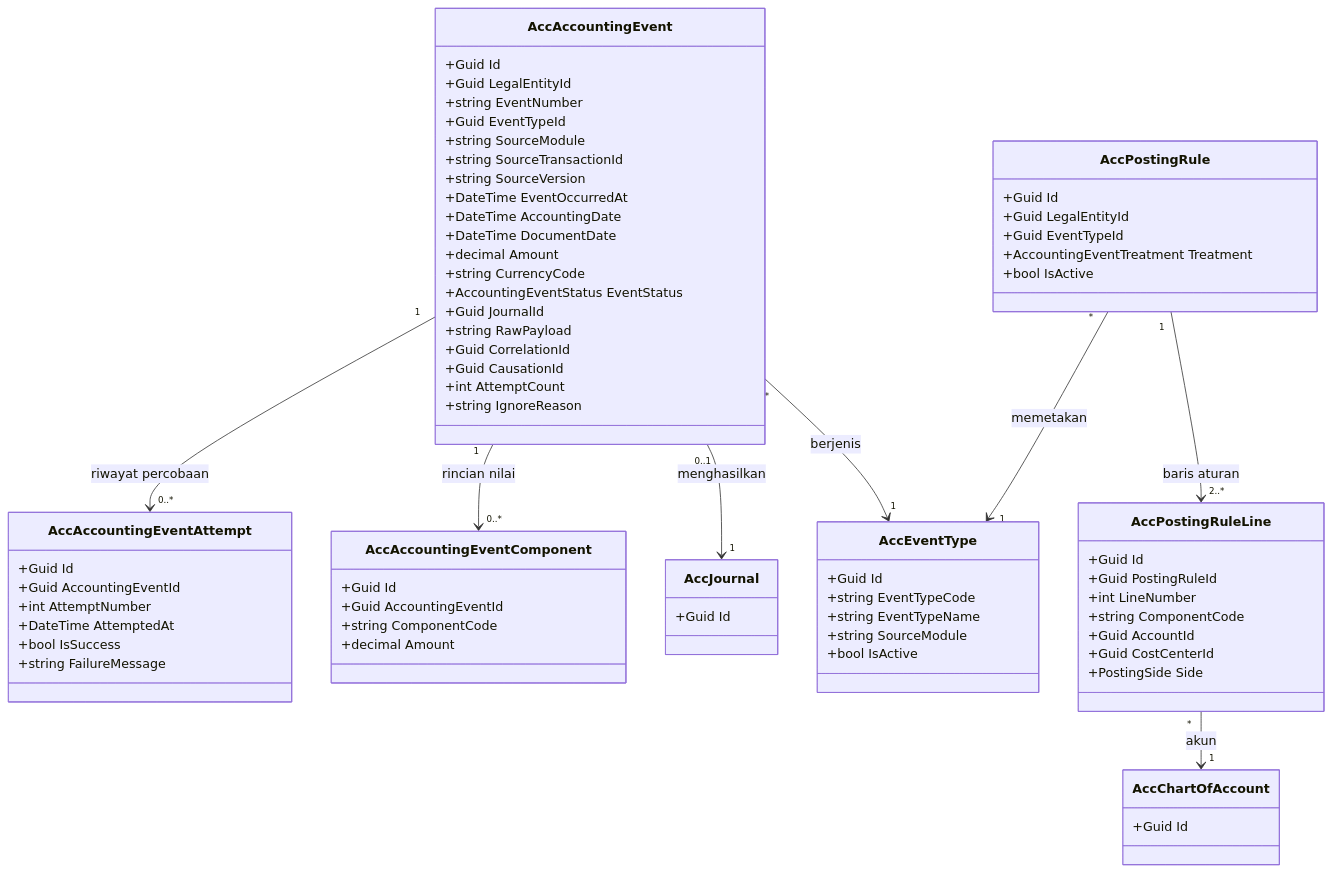
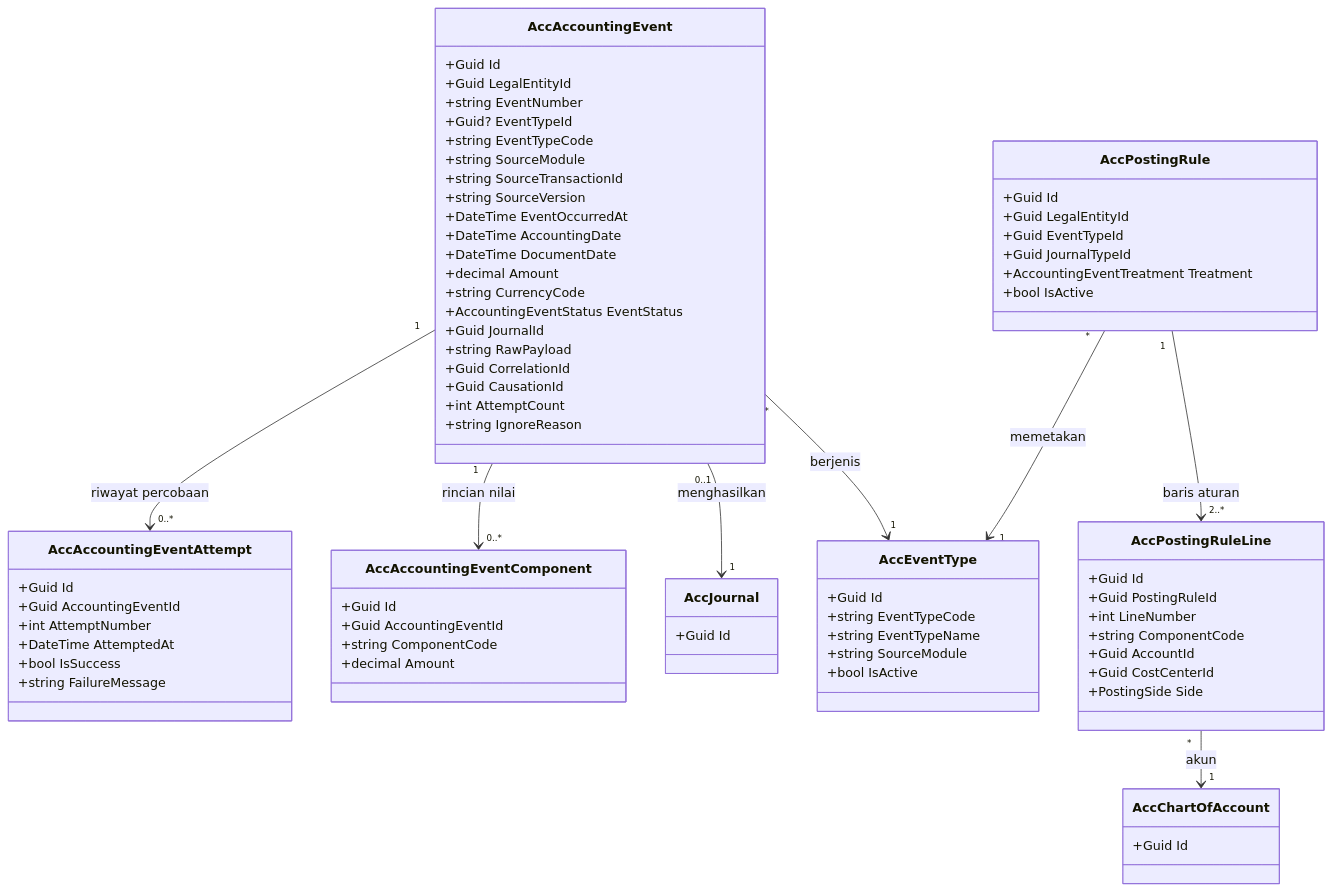
Before and after one commit to DevBenari/NewQuilvianSystemBackend: the fifth of 7 diagrams in docs/module-blueprints/accounting/02-backend-architecture.md, drawn with Mermaid. The commit also changed other lines of this file and 44 other files, not shown here.

````diff
--- a/docs/module-blueprints/accounting/02-backend-architecture.md
+++ b/docs/module-blueprints/accounting/02-backend-architecture.md
@@ -715,74 +715,76 @@
 ```mermaid
 classDiagram
     class AccAccountingEvent {
         +Guid Id
         +Guid LegalEntityId
         +string EventNumber
-        +Guid EventTypeId
+        +Guid? EventTypeId
+        +string EventTypeCode
         +string SourceModule
         +string SourceTransactionId
         +string SourceVersion
         +DateTime EventOccurredAt
         +DateTime AccountingDate
         +DateTime DocumentDate
         +decimal Amount
         +string CurrencyCode
         +AccountingEventStatus EventStatus
         +Guid JournalId
         +string RawPayload
         +Guid CorrelationId
         +Guid CausationId
         +int AttemptCount
         +string IgnoreReason
     }
     class AccAccountingEventAttempt {
         +Guid Id
         +Guid AccountingEventId
         +int AttemptNumber
         +DateTime AttemptedAt
         +bool IsSuccess
         +string FailureMessage
     }
     class AccPostingRule {
         +Guid Id
         +Guid LegalEntityId
         +Guid EventTypeId
+        +Guid JournalTypeId
         +AccountingEventTreatment Treatment
         +bool IsActive
     }
     class AccPostingRuleLine {
         +Guid Id
         +Guid PostingRuleId
         +int LineNumber
         +string ComponentCode
         +Guid AccountId
         +Guid CostCenterId
         +PostingSide Side
     }
     class AccAccountingEventComponent {
         +Guid Id
         +Guid AccountingEventId
         +string ComponentCode
         +decimal Amount
     }
     class AccEventType {
         +Guid Id
         +string EventTypeCode
         +string EventTypeName
         +string SourceModule
         +bool IsActive
     }
     class AccJournal {
         +Guid Id
     }
     class AccChartOfAccount {
         +Guid Id
     }
     AccAccountingEvent "1" --> "0..*" AccAccountingEventAttempt : riwayat percobaan
     AccAccountingEvent "1" --> "0..*" AccAccountingEventComponent : rincian nilai
     AccAccountingEvent "0..1" --> "1" AccJournal : menghasilkan
     AccAccountingEvent "*" --> "1" AccEventType : berjenis
     AccPostingRule "*" --> "1" AccEventType : memetakan
     AccPostingRule "1" --> "2..*" AccPostingRuleLine : baris aturan
     AccPostingRuleLine "*" --> "1" AccChartOfAccount : akun
 ```
````
